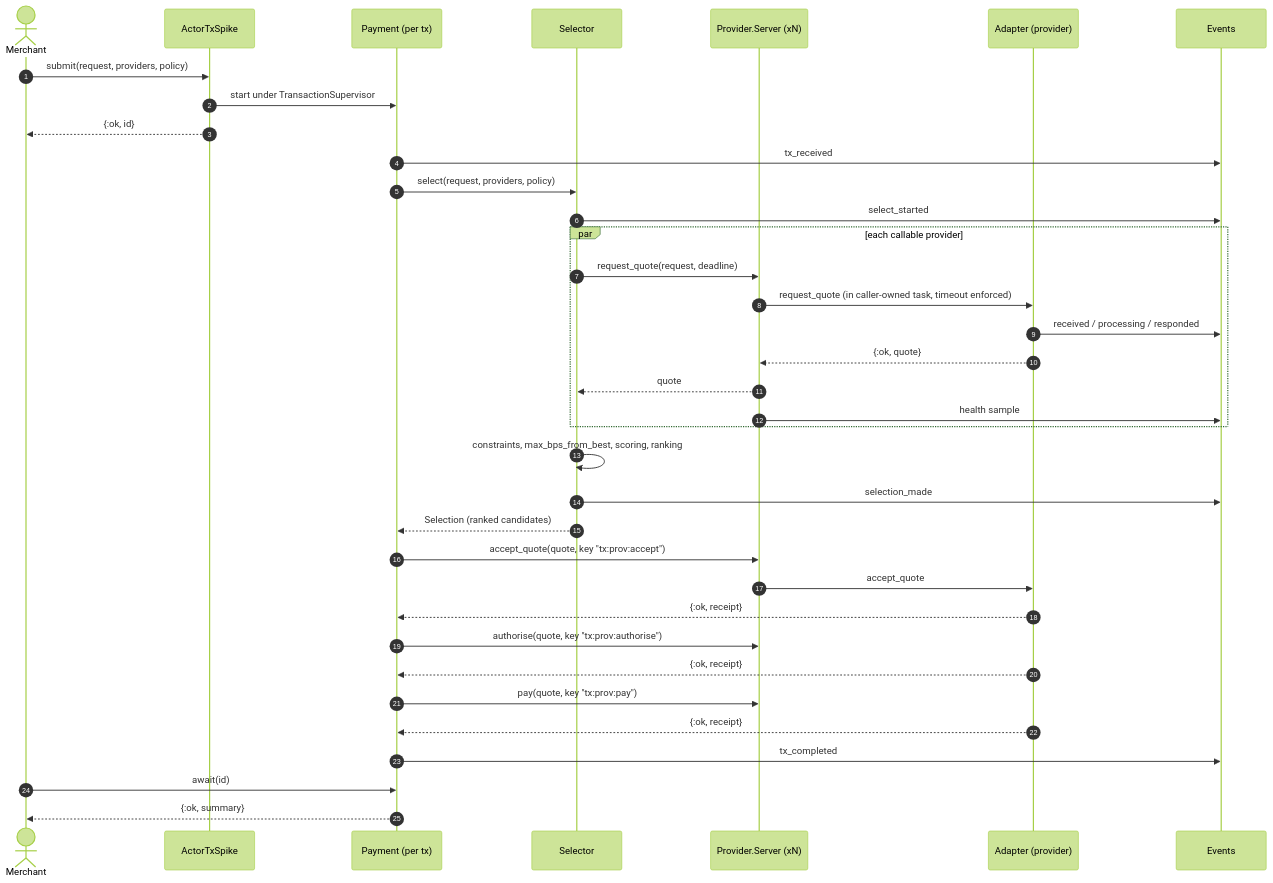
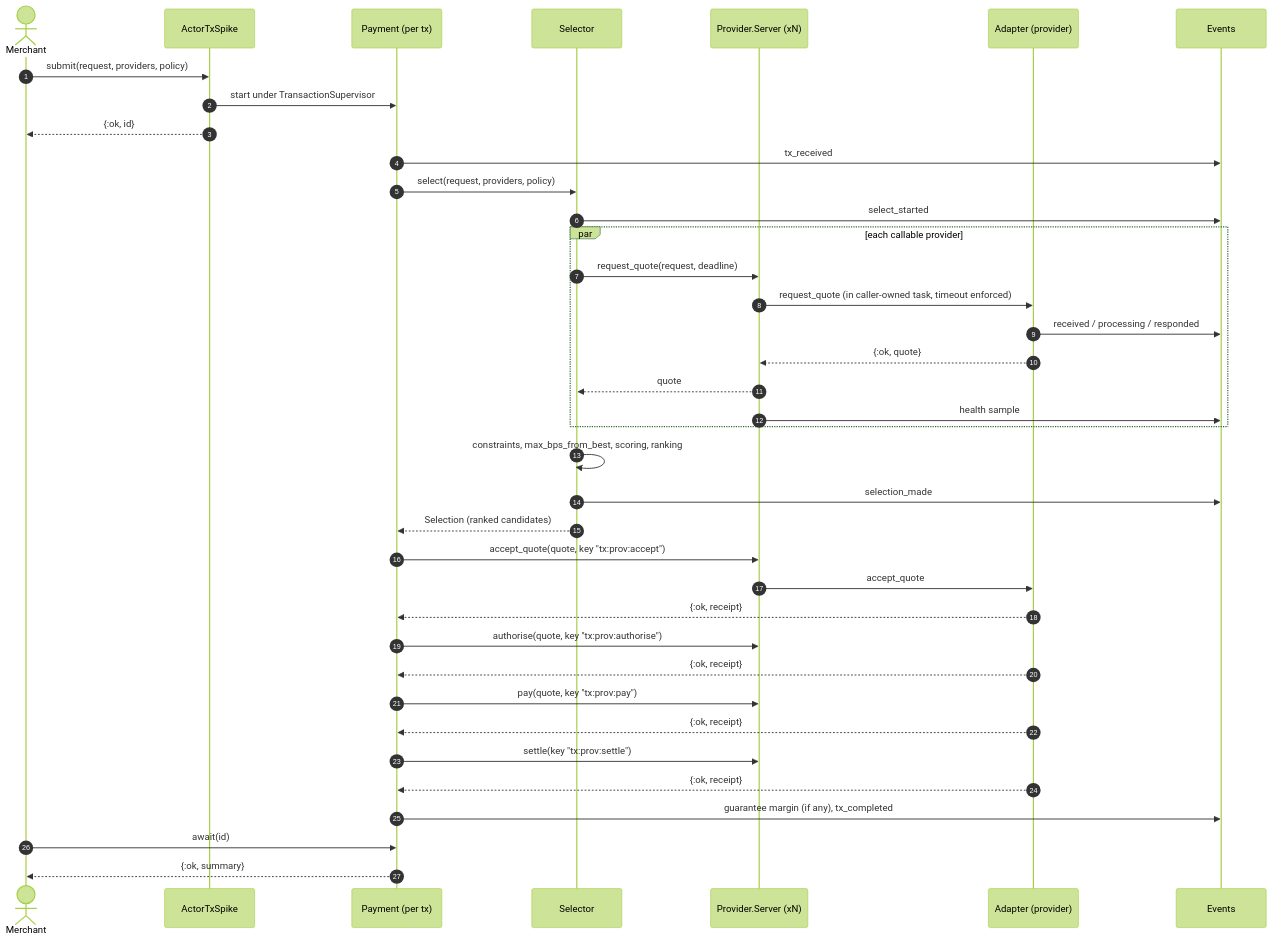
One commit to robbrown-net/actor-tx-spike changed the first of 8 diagrams in docs/architecture/04-design-sequences-and-activities.md. Above: the diagram before and after it, drawn with Mermaid (forest theme). The commit also changed other lines of this file and 15 other files, not shown here.

First line of the commit message:
docs: refresh architecture, ADR 0007, quality snapshot, story and report

````diff
--- a/docs/architecture/04-design-sequences-and-activities.md
+++ b/docs/architecture/04-design-sequences-and-activities.md
@@ -9,39 +9,41 @@
 ```mermaid
 sequenceDiagram
     autonumber
     actor M as Merchant
     participant API as ActorTxSpike
     participant P as Payment (per tx)
     participant SEL as Selector
     participant PS as Provider.Server (xN)
     participant AD as Adapter (provider)
     participant EV as Events
 
     M->>API: submit(request, providers, policy)
     API->>P: start under TransactionSupervisor
     API-->>M: {:ok, id}
     P->>EV: tx_received
     P->>SEL: select(request, providers, policy)
     SEL->>EV: select_started
     par each callable provider
         SEL->>PS: request_quote(request, deadline)
         PS->>AD: request_quote (in caller-owned task, timeout enforced)
         AD->>EV: received / processing / responded
         AD-->>PS: {:ok, quote}
         PS-->>SEL: quote
         PS->>EV: health sample
     end
     SEL->>SEL: constraints, max_bps_from_best, scoring, ranking
     SEL->>EV: selection_made
     SEL-->>P: Selection (ranked candidates)
     P->>PS: accept_quote(quote, key "tx:prov:accept")
     PS->>AD: accept_quote
     AD-->>P: {:ok, receipt}
     P->>PS: authorise(quote, key "tx:prov:authorise")
     AD-->>P: {:ok, receipt}
     P->>PS: pay(quote, key "tx:prov:pay")
     AD-->>P: {:ok, receipt}
-    P->>EV: tx_completed
+    P->>PS: settle(key "tx:prov:settle")
+    AD-->>P: {:ok, receipt}
+    P->>EV: guarantee margin (if any), tx_completed
     M->>P: await(id)
     P-->>M: {:ok, summary}
 ```
````
